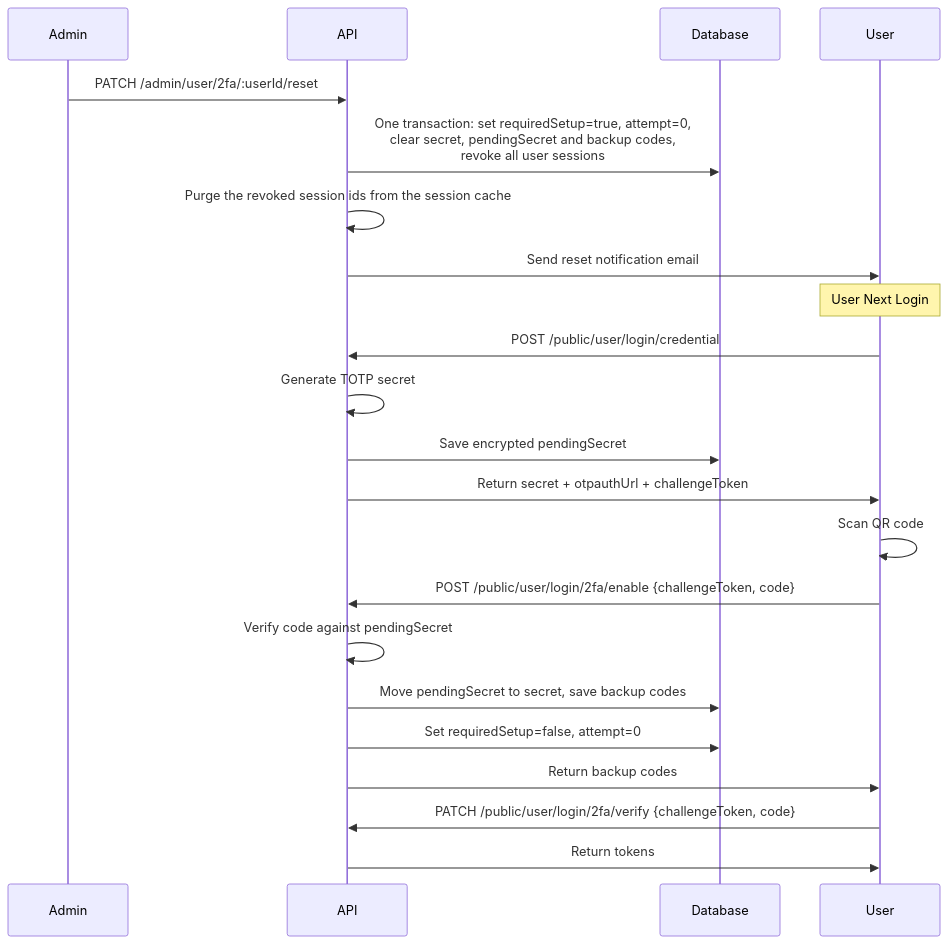
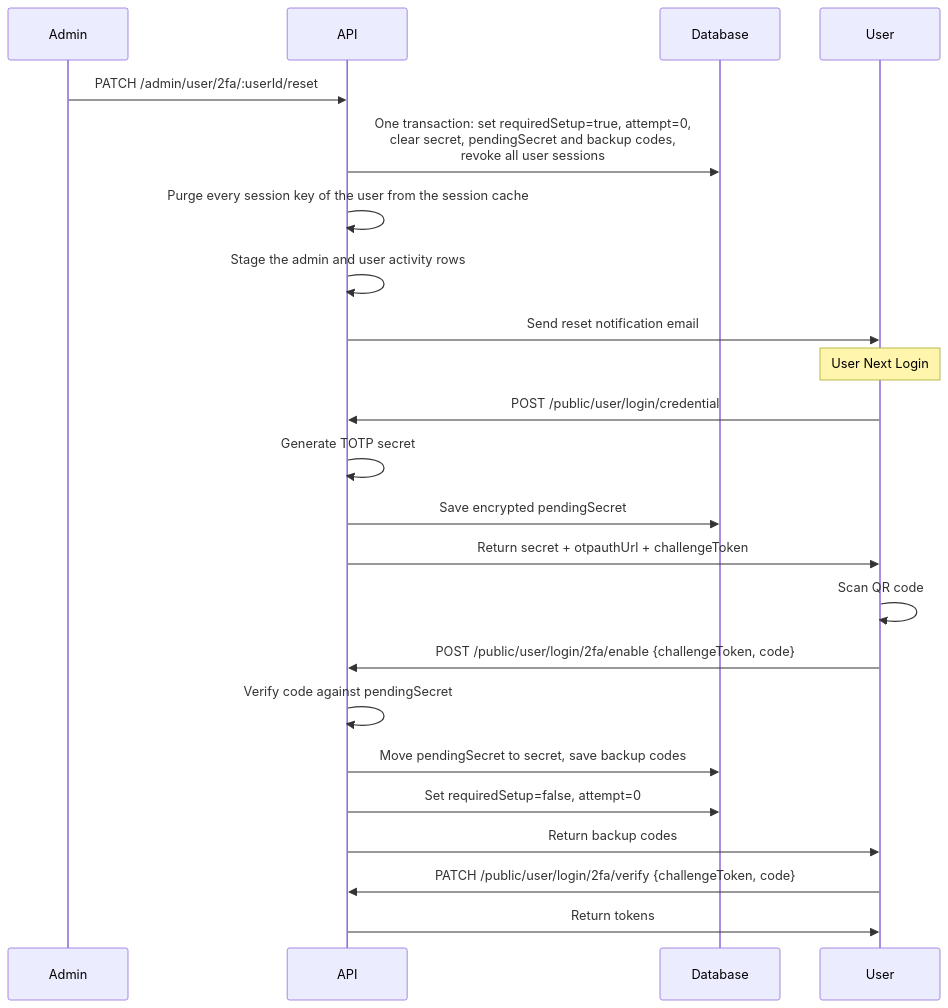
One commit to andrechristikan/ack-nestjs-boilerplate changed the third of 9 diagrams in docs/two-factor.md. Above: the diagram before and after it, drawn with Mermaid. The commit also changed other lines of this file and 141 other files, not shown here.

````diff
--- a/docs/two-factor.md
+++ b/docs/two-factor.md
@@ -267,26 +280,27 @@
 ```mermaid
 sequenceDiagram
     participant Admin
     participant API
     participant Database
     participant User
 
     Admin->>API: PATCH /admin/user/2fa/:userId/reset
     API->>Database: One transaction: set requiredSetup=true, attempt=0,<br/>clear secret, pendingSecret and backup codes,<br/>revoke all user sessions
-    API->>API: Purge the revoked session ids from the session cache
+    API->>API: Purge every session key of the user from the session cache
+    API->>API: Stage the admin and user activity rows
     API->>User: Send reset notification email
     
     Note over User: User Next Login
     User->>API: POST /public/user/login/credential
     API->>API: Generate TOTP secret
     API->>Database: Save encrypted pendingSecret
     API->>User: Return secret + otpauthUrl + challengeToken
     User->>User: Scan QR code
     User->>API: POST /public/user/login/2fa/enable {challengeToken, code}
     API->>API: Verify code against pendingSecret
     API->>Database: Move pendingSecret to secret, save backup codes
     API->>Database: Set requiredSetup=false, attempt=0
     API->>User: Return backup codes
     User->>API: PATCH /public/user/login/2fa/verify {challengeToken, code}
     API->>User: Return tokens
 ```
````
